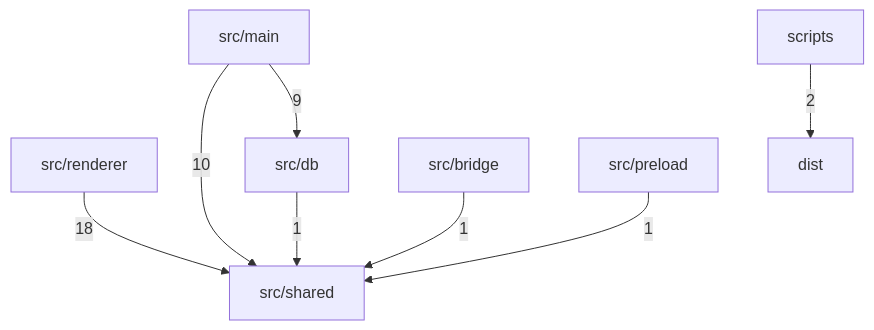
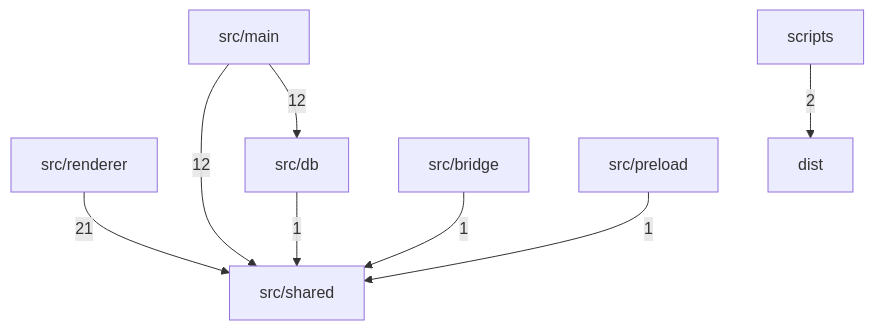
The diagram in docs/architecture/DEPENDENCY-GRAPH.md (Sheshiyer/plexus-ts), drawn with Mermaid before and after one commit. The commit also changed other lines of this file and 31 other files, not shown here.

````diff
--- a/docs/architecture/DEPENDENCY-GRAPH.md
+++ b/docs/architecture/DEPENDENCY-GRAPH.md
@@ -8,10 +8,10 @@
 ```mermaid
 graph TD
-  src_renderer["src/renderer"] -->|18| src_shared["src/shared"]
-  src_main["src/main"] -->|10| src_shared["src/shared"]
-  src_main["src/main"] -->|9| src_db["src/db"]
+  src_renderer["src/renderer"] -->|21| src_shared["src/shared"]
+  src_main["src/main"] -->|12| src_shared["src/shared"]
+  src_main["src/main"] -->|12| src_db["src/db"]
   scripts["scripts"] -->|2| dist["dist"]
   src_bridge["src/bridge"] -->|1| src_shared["src/shared"]
   src_db["src/db"] -->|1| src_shared["src/shared"]
   src_preload["src/preload"] -->|1| src_shared["src/shared"]
 ```
````
